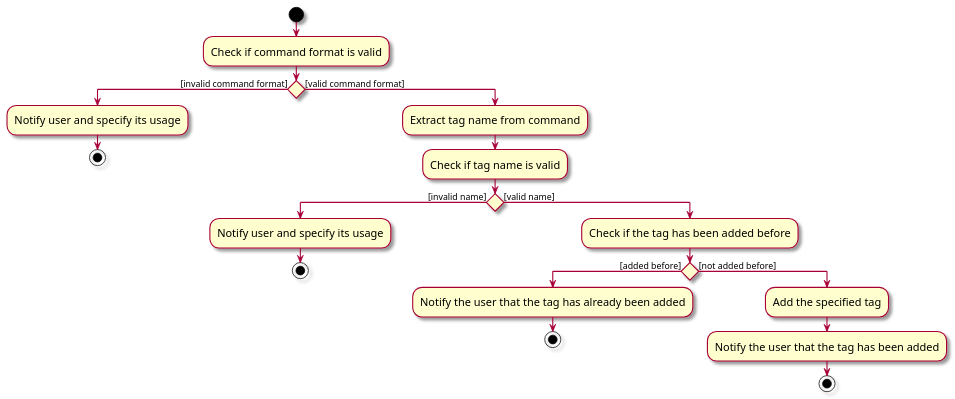
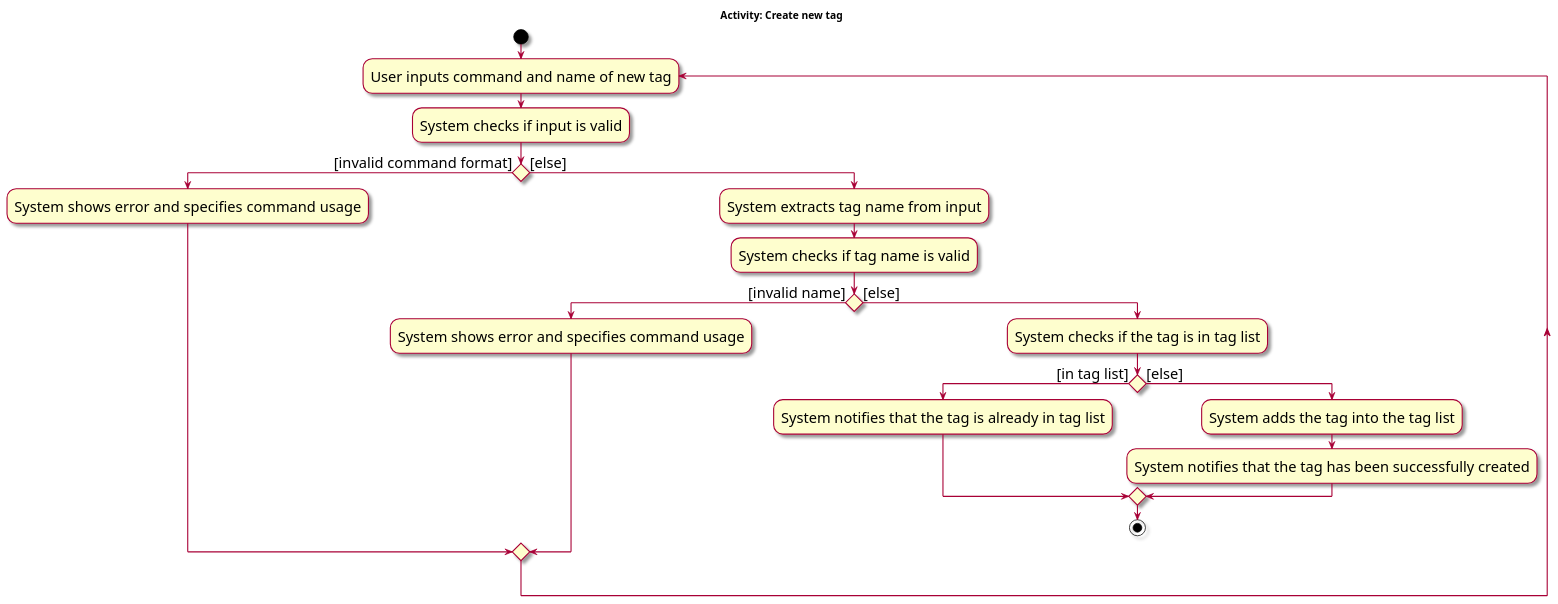
The diagram in docs/diagrams/NewTagActivityDiagram.puml (nus-cs2103-AY2425S1/tp), drawn with PlantUML before and after one commit. The commit also changed other lines of this file and 4 other files, not shown here.

Commit message:
Add activity diagram for TagCommand in the Logic component section

```diff
--- a/docs/diagrams/NewTagActivityDiagram.puml
+++ b/docs/diagrams/NewTagActivityDiagram.puml
@@ -1,27 +1,28 @@
 @startuml
 skin rose
-skinparam ActivityFontSize 15
-skinparam ArrowFontSize 12
+skinparam ActivityFontSize 20
+skinparam ArrowFontSize 20
+title Activity: Create new tag
 start
-:Check if command format is valid;
+repeat :User inputs command and name of new tag;
+:System checks if input is valid;
 if () then ([invalid command format])
-:Notify user and specify its usage;
+    :System shows error and specifies command usage;
+else ([else])
+    :System extracts tag name from input;
+    :System checks if tag name is valid;
+    if () then ([invalid name])
+        :System shows error and specifies command usage;
+
+    else ([else])
+        :System checks if the tag is in tag list;
+        if () then ([in tag list])
+            :System notifies that the tag is already in tag list;
+            ->
+        else ([else])
+            :System adds the tag into the tag list;
+            :System notifies that the tag has been successfully created;
+            ->
+        endif
 stop
-else ([valid command format])
-:Extract tag name from command;
-:Check if tag name is valid;
-if () then ([invalid name])
-    :Notify user and specify its usage;
-    stop
-else ([valid name])
-    :Check if the tag has been added before;
-if () then ([added before])
-    :Notify the user that the tag has already been added;
-    stop
-else ([not added before])
-    :Add the specified tag;
-    :Notify the user that the tag has been added;
-    stop
-
-
 @enduml
```
